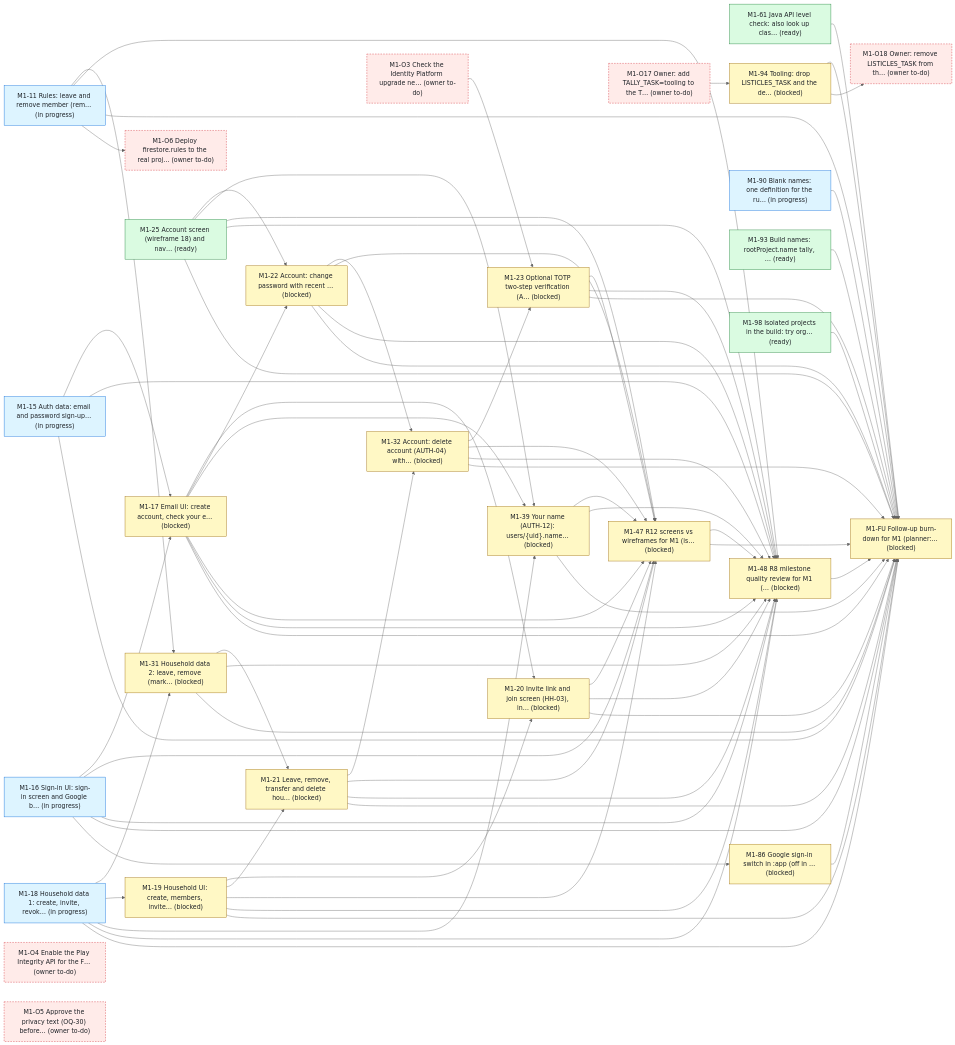
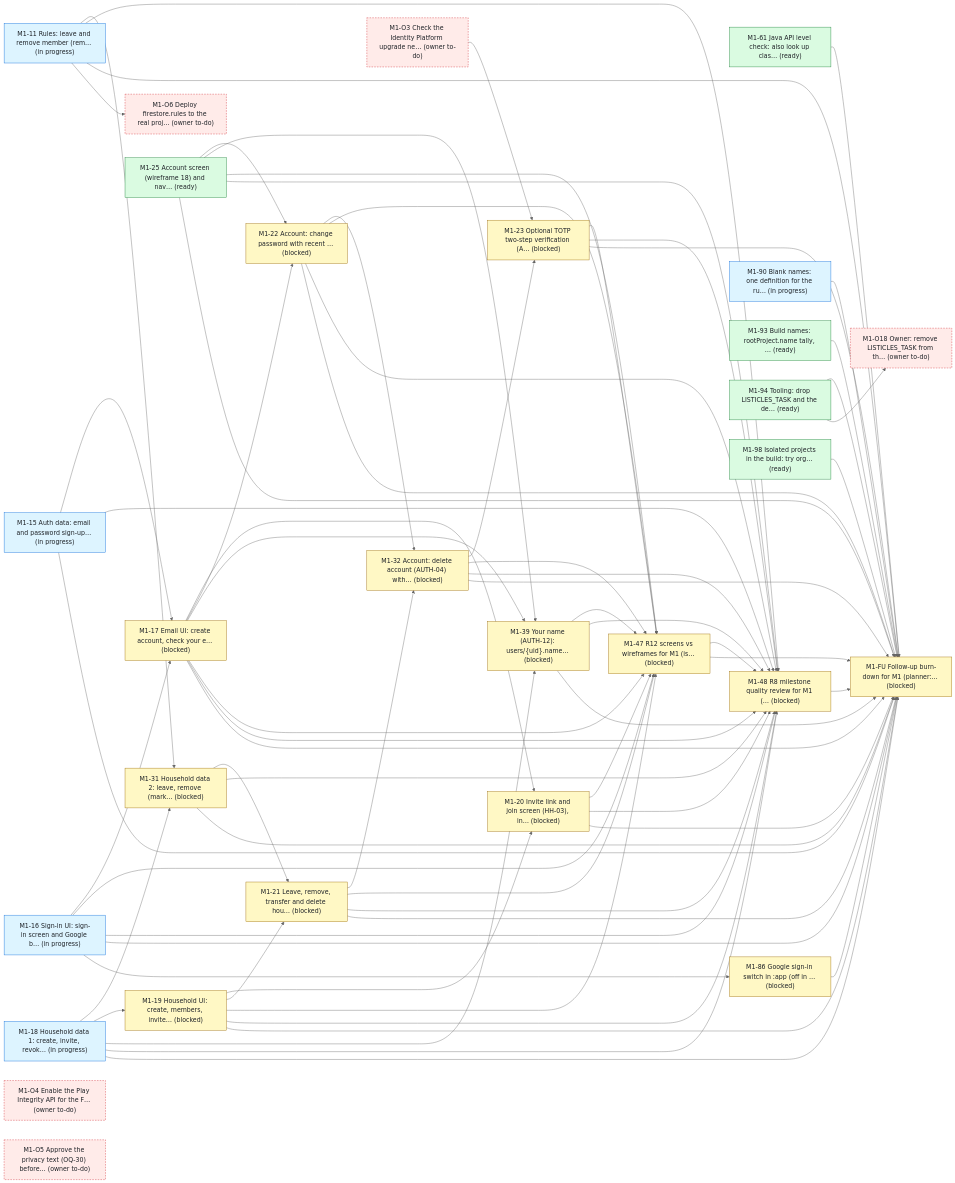
One commit to bondo/listicles2 changed the first of 4 diagrams in status.md. Above: the diagram before and after it, drawn with Mermaid (neutral theme). The commit also changed other lines of this file and 3 other files, not shown here.

```diff
--- a/status.md
+++ b/status.md
@@ -265,10 +265,9 @@
     n22["M1-86 Google sign-in switch in :app (off in … (blocked)"]:::blocked
     n23["M1-90 Blank names: one definition for the ru… (in progress)"]:::progress
     n24["M1-93 Build names: rootProject.name tally, … (ready)"]:::ready
-    n25["M1-94 Tooling: drop LISTICLES_TASK and the de… (blocked)"]:::blocked
+    n25["M1-94 Tooling: drop LISTICLES_TASK and the de… (ready)"]:::ready
     n26["M1-98 Isolated projects in the build: try org… (ready)"]:::ready
-    n27["M1-O17 Owner: add TALLY_TASK=tooling to the T… (owner to-do)"]:::owner
-    n28["M1-O18 Owner: remove LISTICLES_TASK from th… (owner to-do)"]:::owner
+    n27["M1-O18 Owner: remove LISTICLES_TASK from th… (owner to-do)"]:::owner
     n1 --> n3
     n2 --> n3
     n0 --> n5
@@ -336,8 +335,7 @@
     n22 --> n17
     n0 --> n21
     n2 --> n22
-    n27 --> n25
-    n25 --> n28
+    n25 --> n27
     classDef ready fill:#dafbe1,stroke:#1a7f37,color:#1f2328
     classDef progress fill:#ddf4ff,stroke:#0969da,color:#1f2328
     classDef blocked fill:#fff8c5,stroke:#9a6700,color:#1f2328
```
